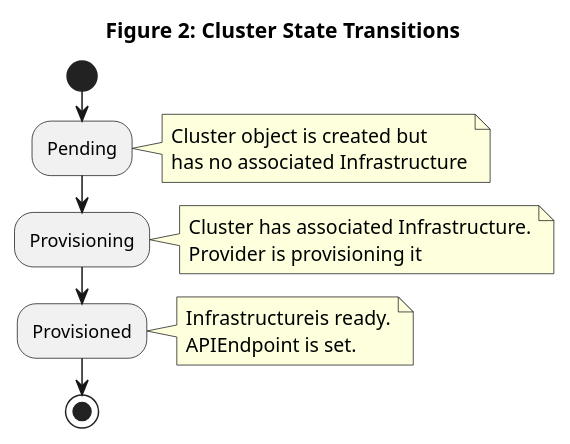
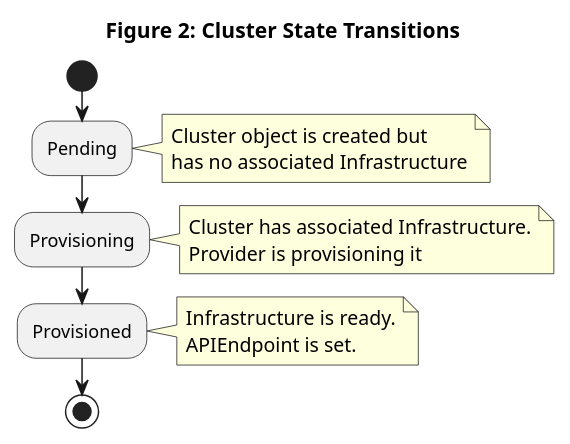
Before and after one commit to kubernetes-sigs/cluster-api: the diagram in docs/proposals/images/cluster-spec-crds/figure2.plantuml, drawn with PlantUML. The commit also changed 554 other files, not shown here.

```diff
--- a/docs/proposals/images/cluster-spec-crds/figure2.plantuml
+++ b/docs/proposals/images/cluster-spec-crds/figure2.plantuml
@@ -1,29 +1,29 @@
 @startuml
 title Figure 2: Cluster State Transitions
 
 start
 
 :Pending;
 
 note right
 Cluster object is created but
 has no associated Infrastructure
 end note
 
 :Provisioning;
 
 note right
 Cluster has associated Infrastructure.
 Provider is provisioning it
 end note
 
 :Provisioned;
 note right
-Infrastructureis ready.
+Infrastructure is ready.
 APIEndpoint is set.
 end note
 
 stop
 
 hide footbox
 @enduml
```
